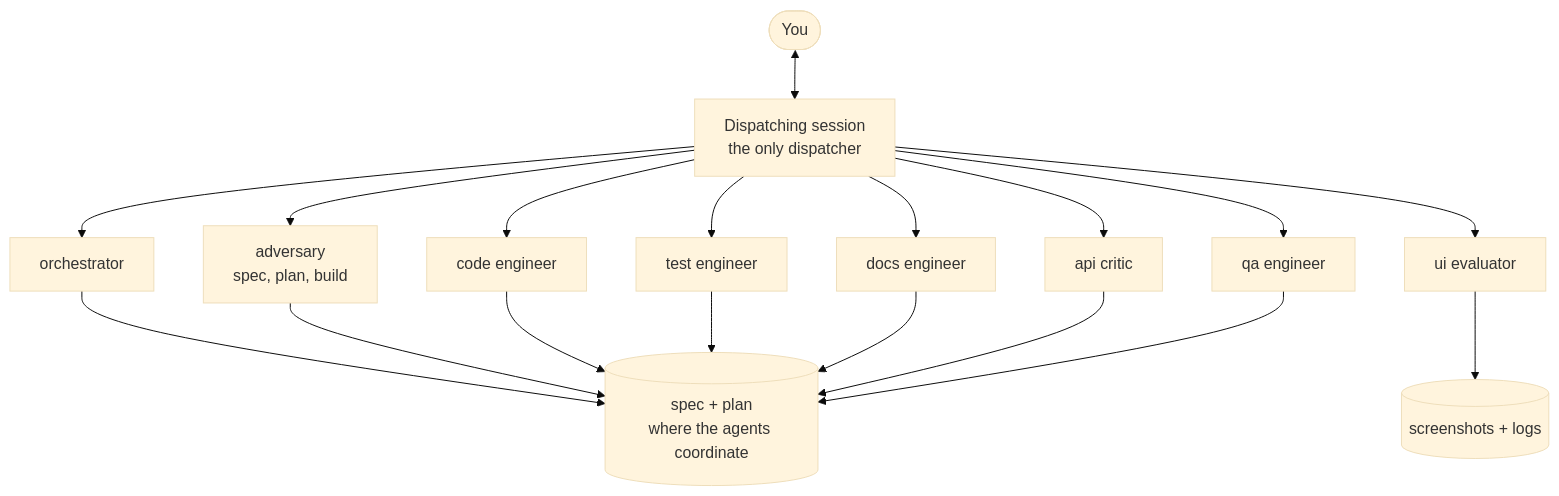
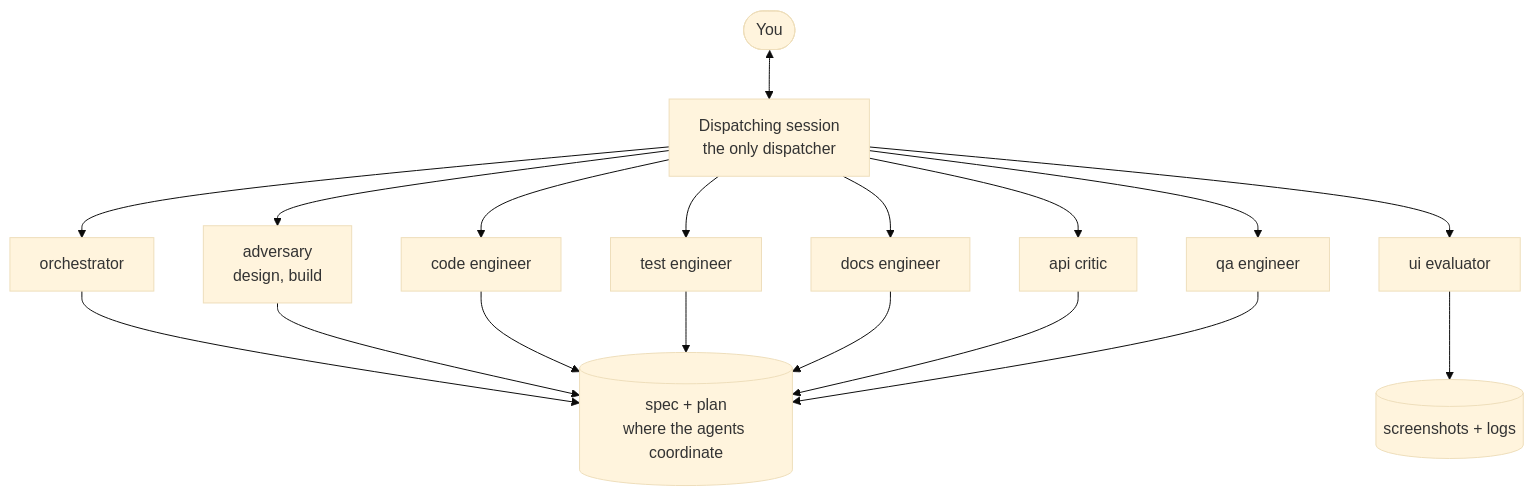
One commit to gjkoplik/skills changed the first of 3 diagrams in plugins/harness/README.md. Above: the diagram before and after it, drawn with Mermaid (base theme). The commit also changed other lines of this file and 6 other files, not shown here.

First line of the commit message:
harness: rename adversary to design-adversary

````diff
--- a/plugins/harness/README.md
+++ b/plugins/harness/README.md
@@ -34,20 +34,20 @@
 ```mermaid
 flowchart TD
     YOU([You]) <--> HUB["Dispatching session<br/>the only dispatcher"]
     HUB --> O[orchestrator]
-    HUB --> A["adversary<br/>spec, plan, build"]
+    HUB --> A["adversary<br/>design, build"]
     HUB --> CE[code engineer]
     HUB --> TE[test engineer]
     HUB --> DE[docs engineer]
     HUB --> AC[api critic]
     HUB --> QA[qa engineer]
     HUB --> UI[ui evaluator]
     O --> SP[("spec + plan<br/>where the agents coordinate")]
     A --> SP
     CE --> SP
     TE --> SP
     DE --> SP
     AC --> SP
     QA --> SP
     UI --> SS[("screenshots + logs")]
 ```
````
